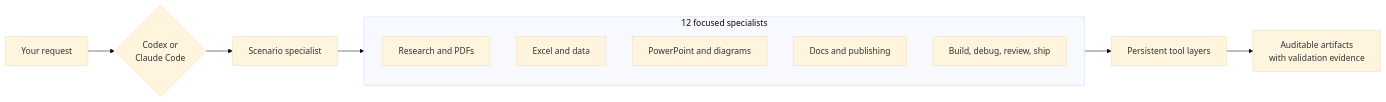
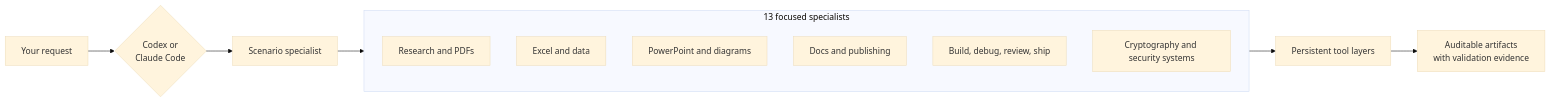
The first of 3 diagrams in README.md (sfungwinbond/Gstackwut), drawn with Mermaid (base theme) before and after one commit. The commit also changed other lines of this file and 20 other files, not shown here.

````diff
--- a/README.md
+++ b/README.md
@@ -54,17 +55,18 @@
 ```mermaid
 flowchart LR
     U[Your request] --> H{Codex or<br/>Claude Code}
     H --> R[Scenario specialist]
 
-    subgraph S[12 focused specialists]
+    subgraph S[13 focused specialists]
       R1[Research and PDFs]
       R2[Excel and data]
       R3[PowerPoint and diagrams]
       R4[Docs and publishing]
       R5[Build, debug, review, ship]
+      R6[Cryptography and security systems]
     end
 
     R --> S
     S --> T[Persistent tool layers]
     T --> A[Auditable artifacts<br/>with validation evidence]
 ```
````
